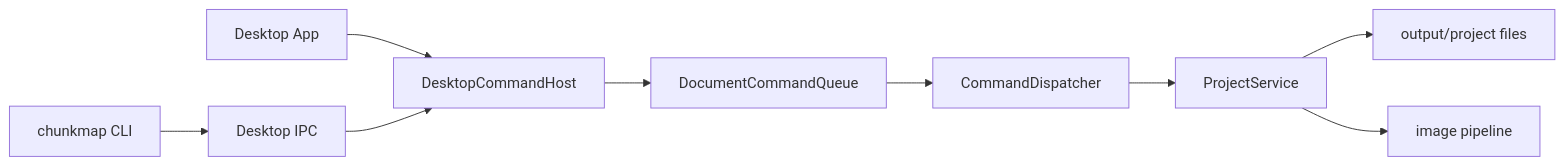
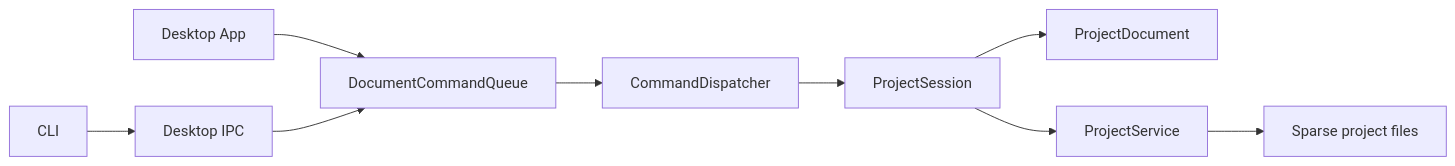
Before and after one commit to zpt0219/chunkmap-studio: the diagram in docs/SOURCE_READING_GUIDE.md, drawn with Mermaid. The commit also changed other lines of this file and 47 other files, not shown here.

Commit message:
refactor: remove image registration system and streamline project service chunk import interface

````diff
--- a/docs/SOURCE_READING_GUIDE.md
+++ b/docs/SOURCE_READING_GUIDE.md
@@ -22,11 +8,10 @@
 ```mermaid
 flowchart LR
-    UI["Desktop App"] --> Host["DesktopCommandHost"]
-    CLI["chunkmap CLI"] --> IPC["Desktop IPC"]
-    IPC --> Host
-    Host --> Queue["DocumentCommandQueue"]
+    UI["Desktop App"] --> Queue["DocumentCommandQueue"]
+    CLI["CLI"] --> IPC["Desktop IPC"] --> Queue
     Queue --> Dispatcher["CommandDispatcher"]
-    Dispatcher --> Service["ProjectService"]
-    Service --> Files["output/project files"]
-    Service --> Images["image pipeline"]
+    Dispatcher --> Session["ProjectSession"]
+    Session --> Document["ProjectDocument"]
+    Session --> Service["ProjectService"]
+    Service --> Files["Sparse project files"]
 ```
````
